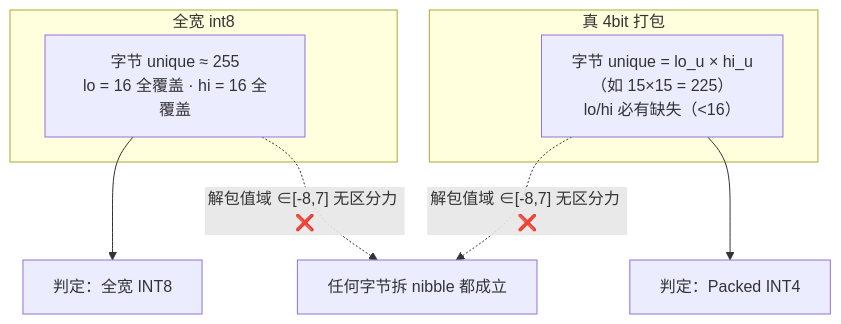
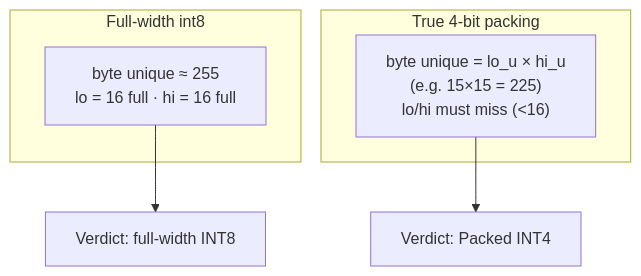
Before and after one commit to allanmeng/model-format-verifier: the second of 3 diagrams in README.md, drawn with Mermaid. The commit also changed other lines of this file and 4 other files, not shown here.

````diff
--- a/README.md
+++ b/README.md
@@ -206,13 +150,11 @@
 ```mermaid
 flowchart TD
-    subgraph S1["全宽 int8"]
-        A1["字节 unique ≈ 255<br/>lo = 16 全覆盖 · hi = 16 全覆盖"]
+    subgraph S1["Full-width int8"]
+        A1["byte unique ≈ 255<br/>lo = 16 full · hi = 16 full"]
     end
-    subgraph S2["真 4bit 打包"]
-        B1["字节 unique = lo_u × hi_u<br/>（如 15×15 = 225）<br/>lo/hi 必有缺失（<16）"]
+    subgraph S2["True 4-bit packing"]
+        B1["byte unique = lo_u × hi_u<br/>(e.g. 15×15 = 225)<br/>lo/hi must miss (<16)"]
     end
-    A1 --> Y["判定：全宽 INT8"]
-    B1 --> Z["判定：Packed INT4"]
-    A1 -. "解包值域 ∈[-8,7] 无区分力 ❌" .-> X["任何字节拆 nibble 都成立"]
-    B1 -. "解包值域 ∈[-8,7] 无区分力 ❌" .-> X
+    A1 --> Y["Verdict: full-width INT8"]
+    B1 --> Z["Verdict: Packed INT4"]
 ```
````
